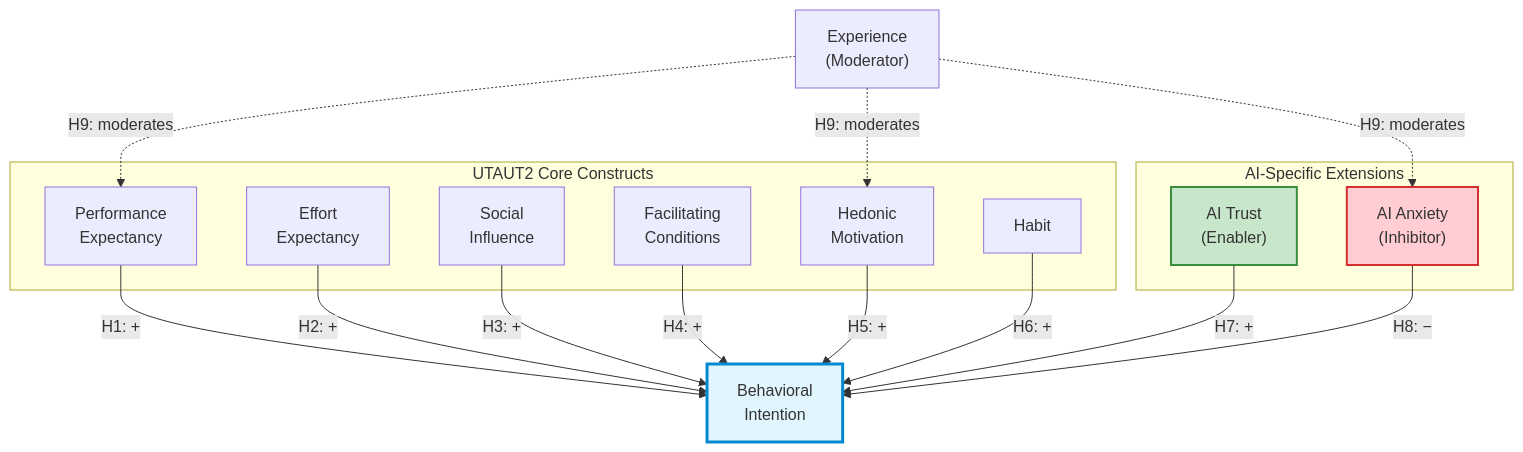
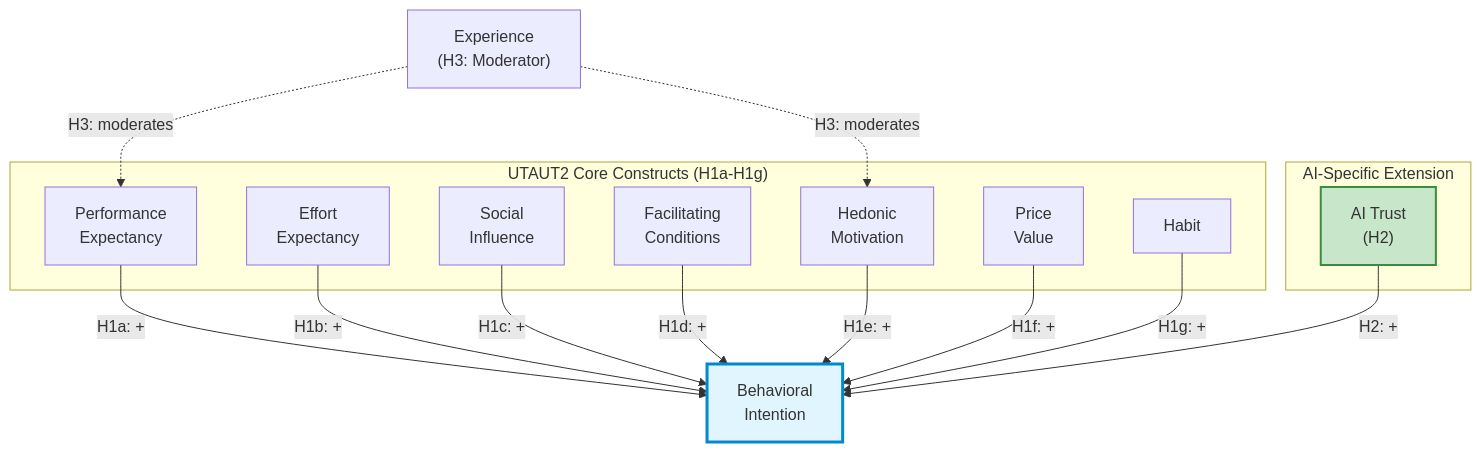
One commit to fabioc-aloha/AIRS_Data_Analysis changed the second of 3 diagrams in thesis/chapters/02_literature_review.md. Above: the diagram before and after it, drawn with Mermaid. The commit also changed other lines of this file and 11 other files, not shown here.

````diff
--- a/thesis/chapters/02_literature_review.md
+++ b/thesis/chapters/02_literature_review.md
@@ -185,36 +185,34 @@
 ```mermaid
 flowchart TB
-    subgraph UTAUT2["UTAUT2 Core Constructs"]
+    subgraph UTAUT2["UTAUT2 Core Constructs (H1a-H1g)"]
         PE["Performance<br/>Expectancy"]
         EE["Effort<br/>Expectancy"]
         SI["Social<br/>Influence"]
         FC["Facilitating<br/>Conditions"]
         HM["Hedonic<br/>Motivation"]
+        PV["Price<br/>Value"]
         HT["Habit"]
     end
 
-    subgraph AIExt["AI-Specific Extensions"]
-        TR["AI Trust<br/>(Enabler)"]
-        ANX["AI Anxiety<br/>(Inhibitor)"]
+    subgraph AIExt["AI-Specific Extension"]
+        TR["AI Trust<br/>(H2)"]
     end
 
     BI["Behavioral<br/>Intention"]
-    EXP["Experience<br/>(Moderator)"]
+    EXP["Experience<br/>(H3: Moderator)"]
 
-    PE -->|H1: +| BI
-    EE -->|H2: +| BI
-    SI -->|H3: +| BI
-    FC -->|H4: +| BI
-    HM -->|H5: +| BI
-    HT -->|H6: +| BI
-    TR -->|H7: +| BI
-    ANX -->|H8: −| BI
+    PE -->|H1a: +| BI
+    EE -->|H1b: +| BI
+    SI -->|H1c: +| BI
+    FC -->|H1d: +| BI
+    HM -->|H1e: +| BI
+    PV -->|H1f: +| BI
+    HT -->|H1g: +| BI
+    TR -->|H2: +| BI
 
-    EXP -.->|H9: moderates| PE
-    EXP -.->|H9: moderates| HM
-    EXP -.->|H9: moderates| ANX
+    EXP -.->|H3: moderates| PE
+    EXP -.->|H3: moderates| HM
 
     style TR fill:#c8e6c9,stroke:#388e3c,stroke-width:2px
-    style ANX fill:#ffcdd2,stroke:#d32f2f,stroke-width:2px
     style BI fill:#e1f5fe,stroke:#0288d1,stroke-width:3px
 ```
````
